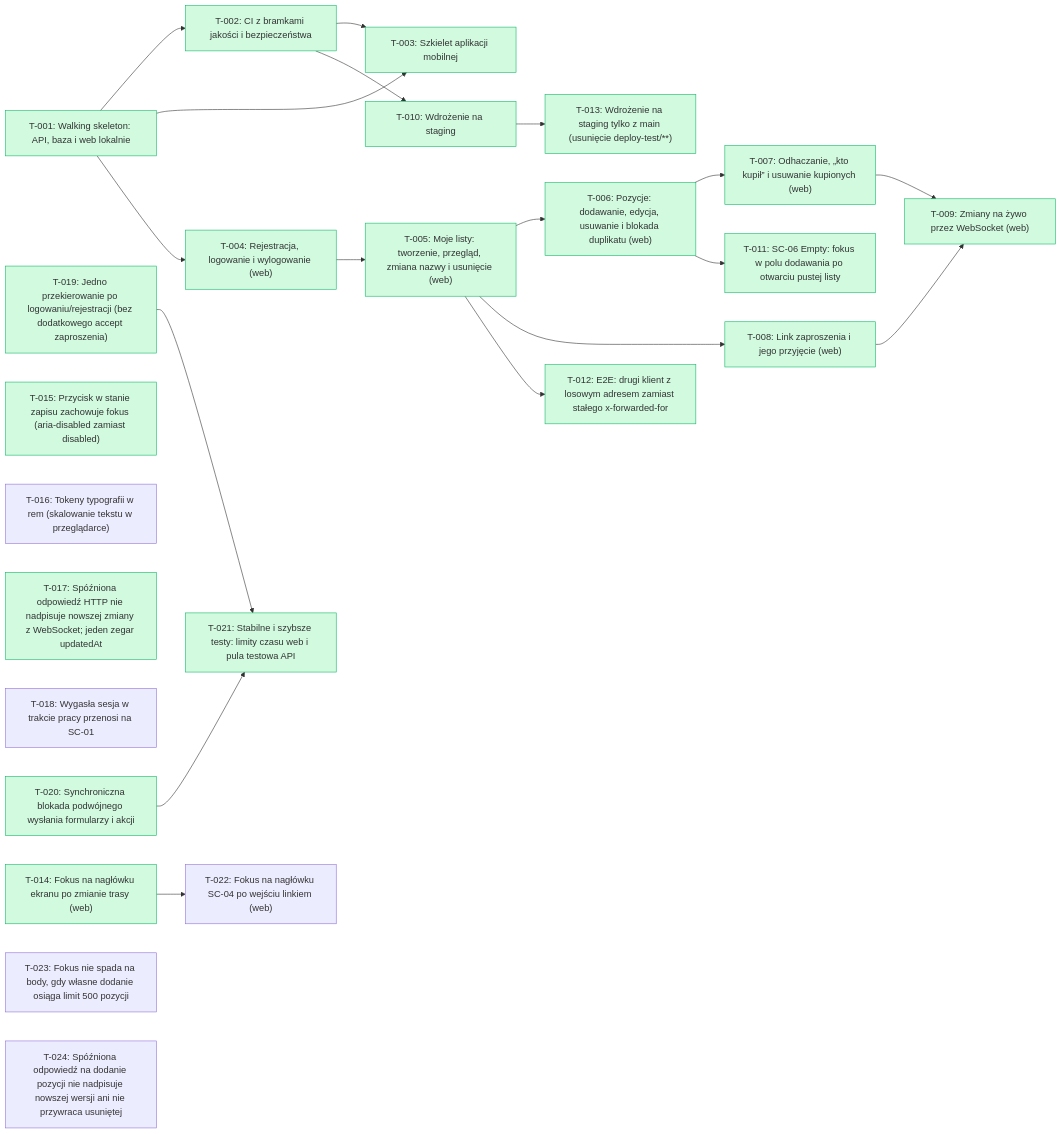
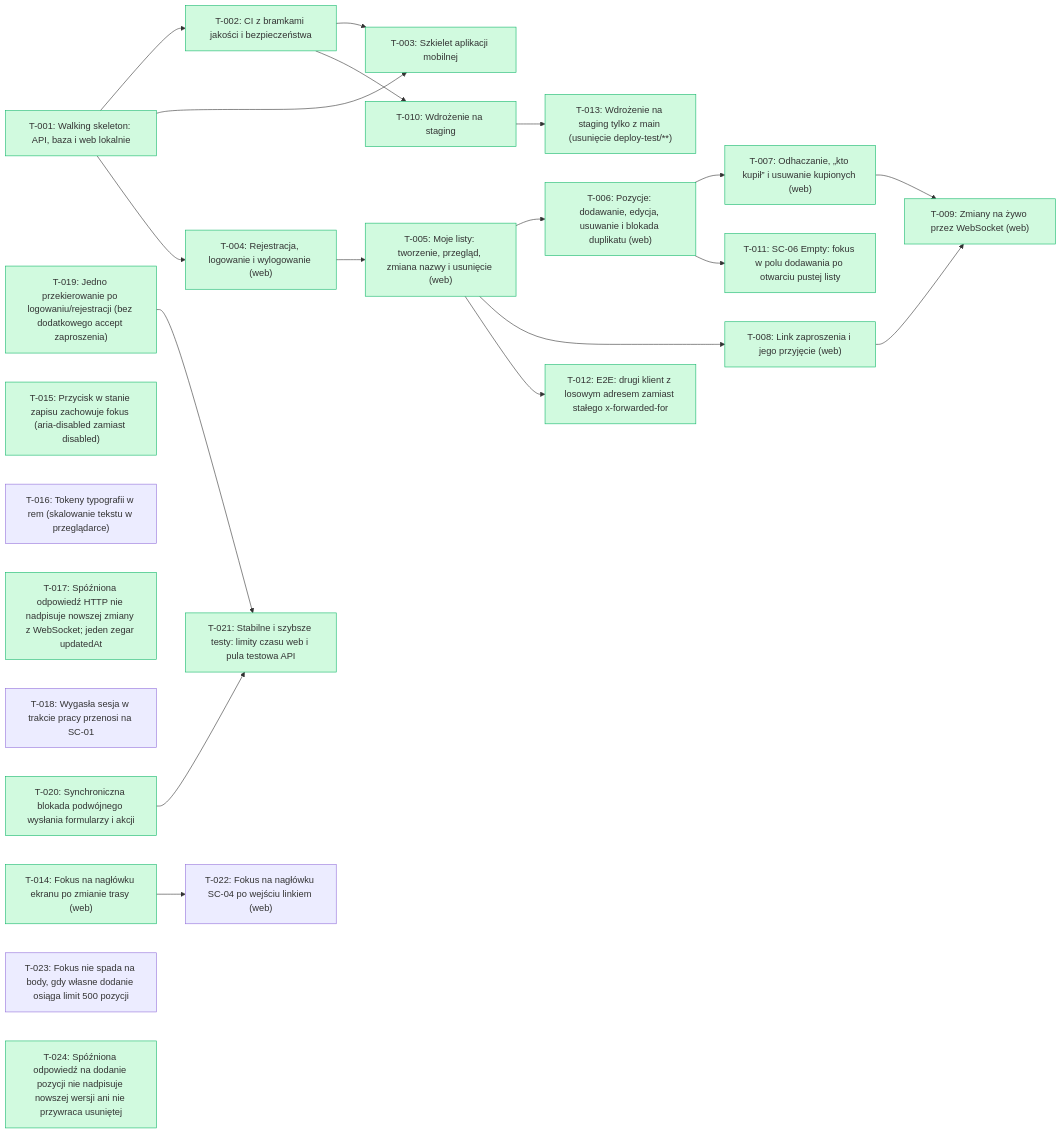
One commit to tombraz/lista-zakupow changed the diagram in docs/backlog/index.md. Above: the diagram before and after it, drawn with Mermaid. The commit also changed other lines of this file and 1 other file, not shown here.

````diff
--- a/docs/backlog/index.md
+++ b/docs/backlog/index.md
@@ -21,48 +20,48 @@
 ```mermaid
 flowchart LR
   T_001["T-001: Walking skeleton: API, baza i web lokalnie"]:::done
   T_002["T-002: CI z bramkami jakości i bezpieczeństwa"]:::done
   T_003["T-003: Szkielet aplikacji mobilnej"]:::done
   T_004["T-004: Rejestracja, logowanie i wylogowanie (web)"]:::done
   T_005["T-005: Moje listy: tworzenie, przegląd, zmiana nazwy i usunięcie (web)"]:::done
   T_006["T-006: Pozycje: dodawanie, edycja, usuwanie i blokada duplikatu (web)"]:::done
   T_007["T-007: Odhaczanie, „kto kupił” i usuwanie kupionych (web)"]:::done
   T_008["T-008: Link zaproszenia i jego przyjęcie (web)"]:::done
   T_009["T-009: Zmiany na żywo przez WebSocket (web)"]:::done
   T_010["T-010: Wdrożenie na staging"]:::done
   T_011["T-011: SC-06 Empty: fokus w polu dodawania po otwarciu pustej listy"]:::done
   T_012["T-012: E2E: drugi klient z losowym adresem zamiast stałego x-forwarded-for"]:::done
   T_013["T-013: Wdrożenie na staging tylko z main (usunięcie deploy-test/**)"]:::done
   T_014["T-014: Fokus na nagłówku ekranu po zmianie trasy (web)"]:::done
   T_015["T-015: Przycisk w stanie zapisu zachowuje fokus (aria-disabled zamiast disabled)"]:::done
   T_016["T-016: Tokeny typografii w rem (skalowanie tekstu w przeglądarce)"]
   T_017["T-017: Spóźniona odpowiedź HTTP nie nadpisuje nowszej zmiany z WebSocket; jeden zegar updatedAt"]:::done
   T_018["T-018: Wygasła sesja w trakcie pracy przenosi na SC-01"]
   T_019["T-019: Jedno przekierowanie po logowaniu/rejestracji (bez dodatkowego accept zaproszenia)"]:::done
   T_020["T-020: Synchroniczna blokada podwójnego wysłania formularzy i akcji"]:::done
   T_021["T-021: Stabilne i szybsze testy: limity czasu web i pula testowa API"]:::done
   T_022["T-022: Fokus na nagłówku SC-04 po wejściu linkiem (web)"]
   T_023["T-023: Fokus nie spada na body, gdy własne dodanie osiąga limit 500 pozycji"]
-  T_024["T-024: Spóźniona odpowiedź na dodanie pozycji nie nadpisuje nowszej wersji ani nie przywraca usuniętej"]
+  T_024["T-024: Spóźniona odpowiedź na dodanie pozycji nie nadpisuje nowszej wersji ani nie przywraca usuniętej"]:::done
   T_001 --> T_002
   T_001 --> T_003
   T_002 --> T_003
   T_001 --> T_004
   T_004 --> T_005
   T_005 --> T_006
   T_006 --> T_007
   T_005 --> T_008
   T_007 --> T_009
   T_008 --> T_009
   T_002 --> T_010
   T_006 --> T_011
   T_005 --> T_012
   T_010 --> T_013
   T_019 --> T_021
   T_020 --> T_021
   T_014 --> T_022
   classDef done fill:#d1fadf,stroke:#12b76a
   classDef wip fill:#fef0c7,stroke:#f79009
   classDef qa fill:#e0eaff,stroke:#2970ff
   classDef blocked fill:#fee4e2,stroke:#f04438
 ```
````
